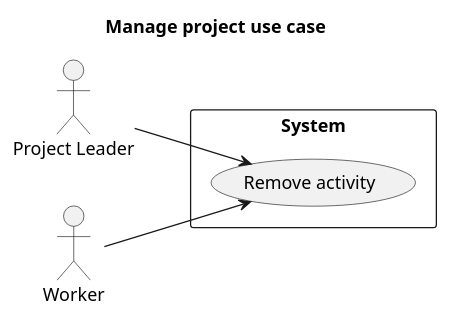
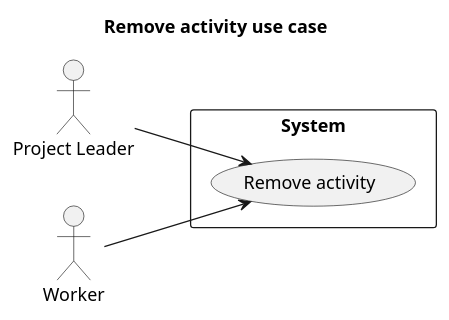
The diagram in usecases/Activity/remove_activity.md (Shuhab-Siddigi/Software-Engineering), drawn with PlantUML before and after one commit. The commit also changed 8 other files, not shown here.

Commit message:
created sequence diagram

````diff
--- a/usecases/Activity/remove_activity.md
+++ b/usecases/Activity/remove_activity.md
@@ -1,17 +1,17 @@
 ```plantuml
 @startuml
 left to right direction
-title Manage project use case
+title Remove activity use case
 actor "Project Leader" as pl
 actor "Worker" as wo
 
 
 rectangle System {
   usecase "Remove activity" as UC4
 pl --> UC4
 wo --> UC4
 }
 
 
 @enduml
 ```
````
